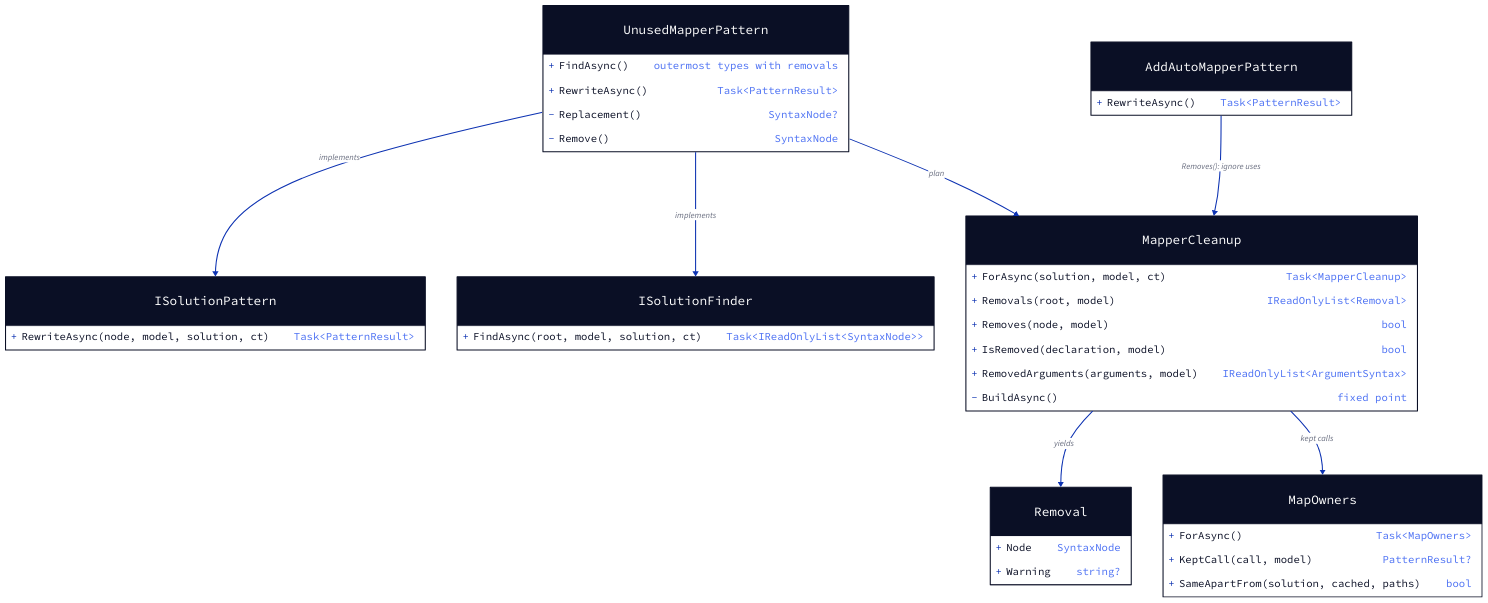
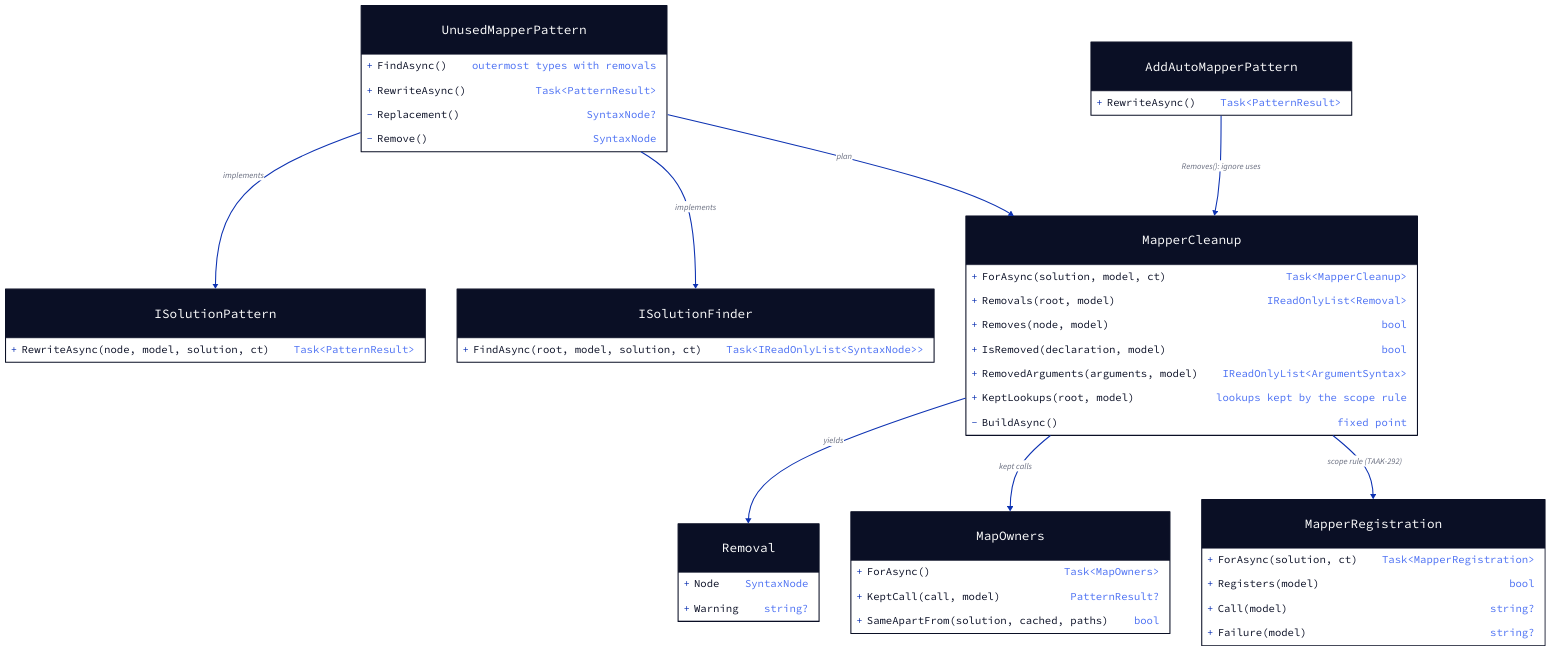
Before and after one commit to ATkingma/unshackle: the diagram in docs/projectinfo/patterns/img/automapper-unused-imapper-modellen-1.d2, drawn with D2. The commit also changed 7 other files, not shown here.

Commit message:
TAAK-292: corpus check, verify and models; archive task

```diff
--- a/docs/projectinfo/patterns/img/automapper-unused-imapper-modellen-1.d2
+++ b/docs/projectinfo/patterns/img/automapper-unused-imapper-modellen-1.d2
@@ -1,13 +1,15 @@
 ISolutionPattern: {shape: class; "+RewriteAsync(node, model, solution, ct)": "Task<PatternResult>"}
 ISolutionFinder: {shape: class; "+FindAsync(root, model, solution, ct)": "Task<IReadOnlyList<SyntaxNode>>"}
 UnusedMapperPattern: {shape: class; "+FindAsync()": "outermost types with removals"; "+RewriteAsync()": "Task<PatternResult>"; "-Replacement()": "SyntaxNode?"; "-Remove()": "SyntaxNode"}
-MapperCleanup: {shape: class; "+ForAsync(solution, model, ct)": "Task<MapperCleanup>"; "+Removals(root, model)": "IReadOnlyList<Removal>"; "+Removes(node, model)": "bool"; "+IsRemoved(declaration, model)": "bool"; "+RemovedArguments(arguments, model)": "IReadOnlyList<ArgumentSyntax>"; "-BuildAsync()": "fixed point"}
+MapperCleanup: {shape: class; "+ForAsync(solution, model, ct)": "Task<MapperCleanup>"; "+Removals(root, model)": "IReadOnlyList<Removal>"; "+Removes(node, model)": "bool"; "+IsRemoved(declaration, model)": "bool"; "+RemovedArguments(arguments, model)": "IReadOnlyList<ArgumentSyntax>"; "+KeptLookups(root, model)": "lookups kept by the scope rule"; "-BuildAsync()": "fixed point"}
+MapperRegistration: {shape: class; "+ForAsync(solution, ct)": "Task<MapperRegistration>"; "+Registers(model)": "bool"; "+Call(model)": "string?"; "+Failure(model)": "string?"}
 Removal: {shape: class; "+Node": "SyntaxNode"; "+Warning": "string?"}
 MapOwners: {shape: class; "+ForAsync()": "Task<MapOwners>"; "+KeptCall(call, model)": "PatternResult?"; "+SameApartFrom(solution, cached, paths)": "bool"}
 AddAutoMapperPattern: {shape: class; "+RewriteAsync()": "Task<PatternResult>"}
 UnusedMapperPattern -> ISolutionPattern: implements
 UnusedMapperPattern -> ISolutionFinder: implements
 UnusedMapperPattern -> MapperCleanup: plan
 MapperCleanup -> Removal: yields
 MapperCleanup -> MapOwners: kept calls
+MapperCleanup -> MapperRegistration: "scope rule (TAAK-292)"
 AddAutoMapperPattern -> MapperCleanup: "Removes(): ignore uses"
```
